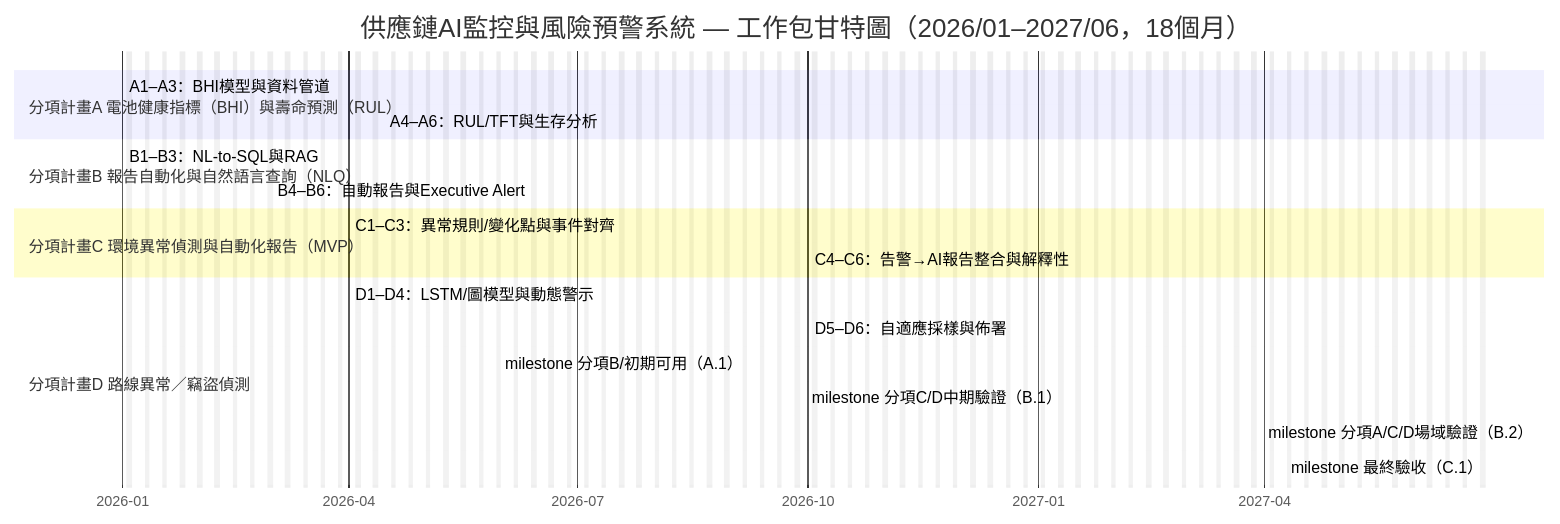
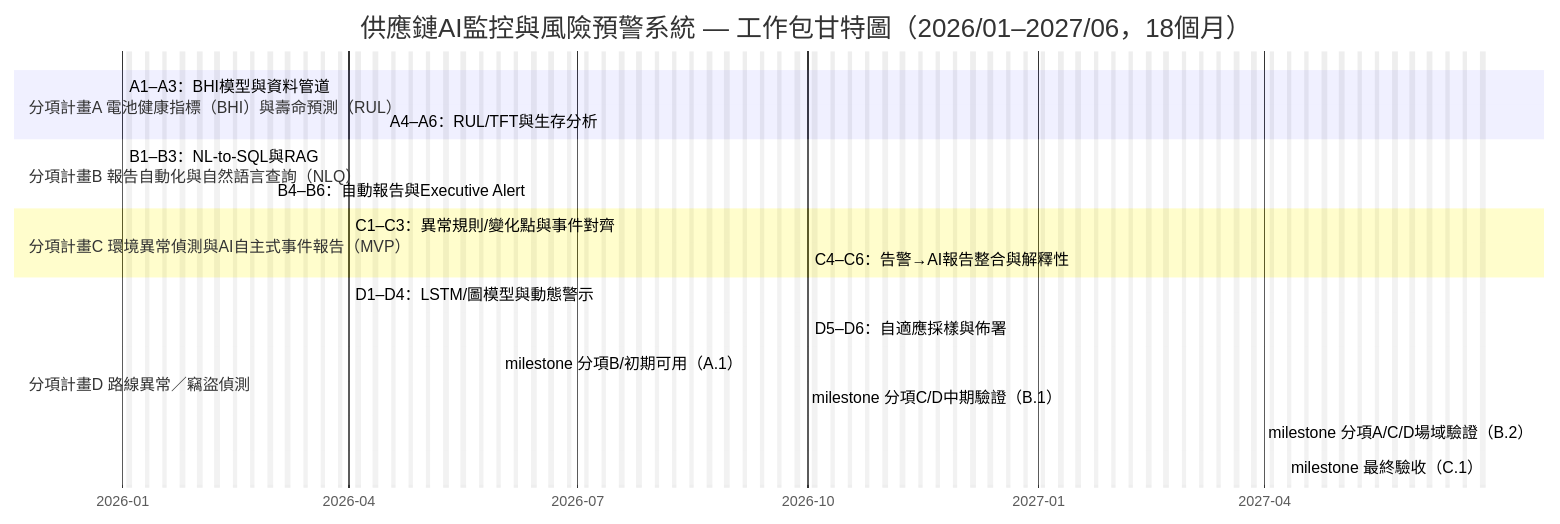
One commit to jshuo/ai-moea-proposal changed the first of 2 diagrams in proposal/AI應用躍昇計畫-計畫書-提交版.md. Above: the diagram before and after it, drawn with Mermaid. The commit also changed other lines of this file and 2 other files, not shown here.

````diff
--- a/proposal/AI應用躍昇計畫-計畫書-提交版.md
+++ b/proposal/AI應用躍昇計畫-計畫書-提交版.md
@@ -456,28 +456,28 @@
 ```mermaid
 gantt
   title 供應鏈AI監控與風險預警系統 — 工作包甘特圖（2026/01–2027/06，18個月）
   dateFormat  YYYY-MM-DD
   axisFormat  %Y-%m
   excludes    weekends
 
    section 分項計畫A 電池健康指標（BHI）與壽命預測（RUL）
    A1–A3：BHI模型與資料管道          :a1, 2026-01-01, 4m
    A4–A6：RUL/TFT與生存分析           :a2, 2026-04-15, 6m
 
    section 分項計畫B 報告自動化與自然語言查詢（NLQ）
    B1–B3：NL-to-SQL與RAG            :b1, 2026-01-01, 3.5m
    B4–B6：自動報告與Executive Alert  :b2, 2026-03-01, 2.5m
 
-  section 分項計畫C 環境異常偵測與自動化報告（MVP）
+  section 分項計畫C 環境異常偵測與AI自主式事件報告（MVP）
   C1–C3：異常規則/變化點與事件對齊  :c1, 2026-04-01, 8m
   C4–C6：告警→AI報告整合與解釋性     :c2, 2026-10-01, 4m
 
    section 分項計畫D 路線異常／竊盜偵測
    D1–D4：LSTM/圖模型與動態警示      :d1, 2026-04-01, 9m
    D5–D6：自適應採樣與佈署          :d2, 2026-10-01, 5m
 
    milestone 分項B/初期可用（A.1）   :m1, 2026-05-31, 0d
    milestone 分項C/D中期驗證（B.1）  :m2, 2026-09-30, 0d
    milestone 分項A/C/D場域驗證（B.2）:m3, 2027-03-31, 0d
   milestone 最終驗收（C.1）         :m4, 2027-06-30, 0d
 ```
````
